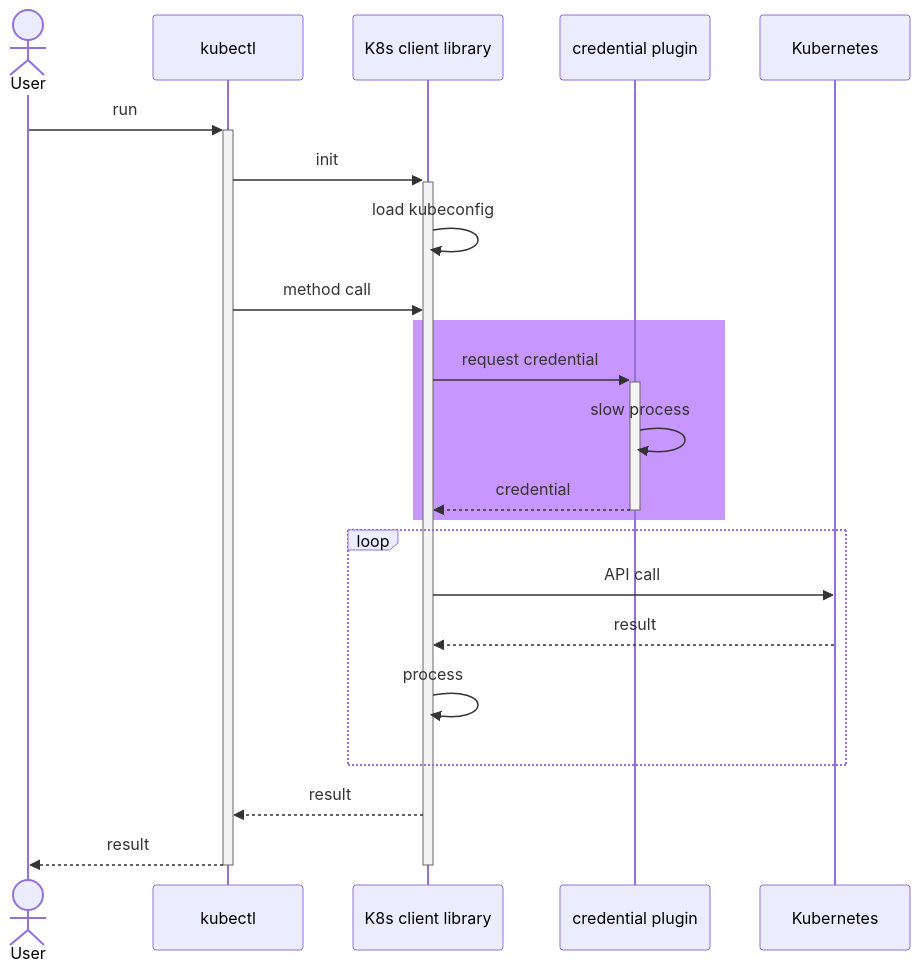
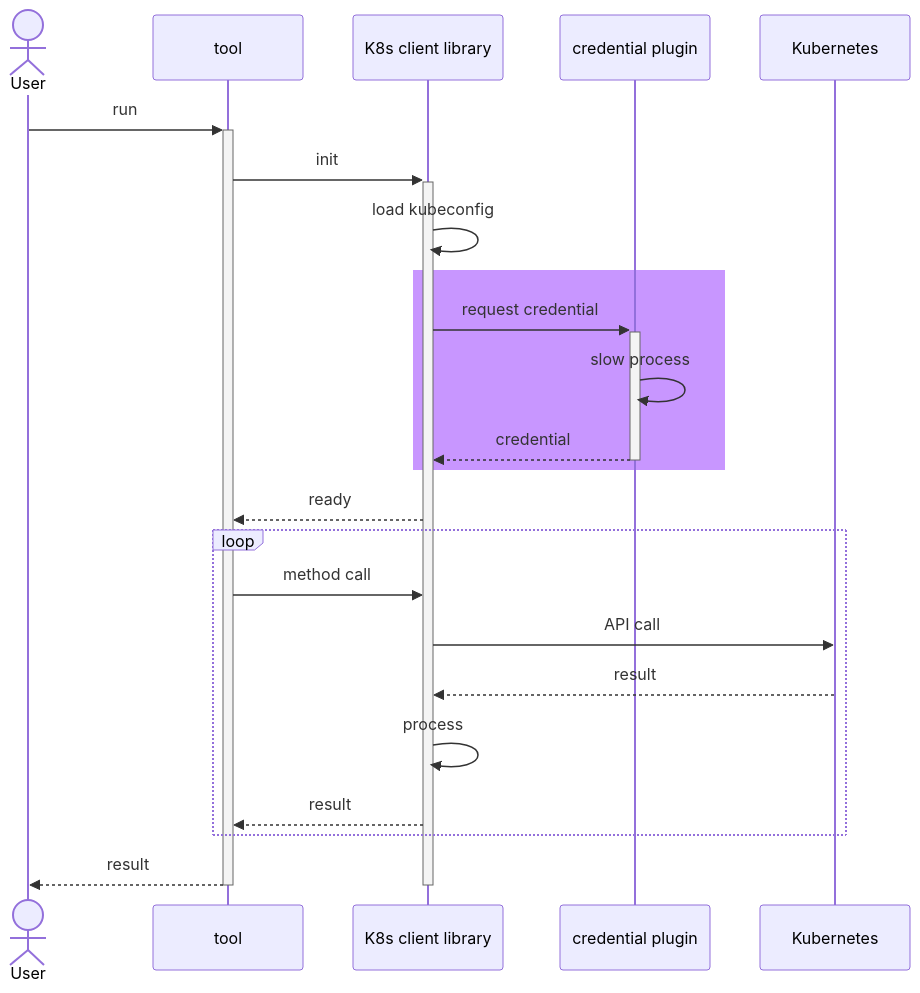
One commit to ryodocx/kube-credential-cache changed the first of 2 diagrams in docs/README.md. Above: the diagram before and after it, drawn with Mermaid. The commit also changed other lines of this file, not shown here.

````diff
--- a/docs/README.md
+++ b/docs/README.md
@@ -8,28 +8,29 @@
 ```mermaid
 sequenceDiagram
     actor user as User
-    participant tool as kubectl
+    participant tool
     participant client as K8s client library
     participant plugin as credential plugin
     participant k8s as Kubernetes
 
     user ->>+  tool: run
     tool ->>+  client: init
     client ->> client: load kubeconfig
-    tool ->> client: method call
     rect rgb(200, 150, 255)
       client ->>+ plugin: request credential
       plugin ->> plugin: slow process
       plugin -->>- client: credential
     end
+    client -->> tool: ready
     loop
+      tool ->> client: method call
       client ->> k8s: API call
       k8s -->> client: result
       client ->> client: process
+      client -->> tool: result
     end
-    client -->> tool: result
     tool -->> user: result
 
     deactivate client
     deactivate tool
 ```
````
